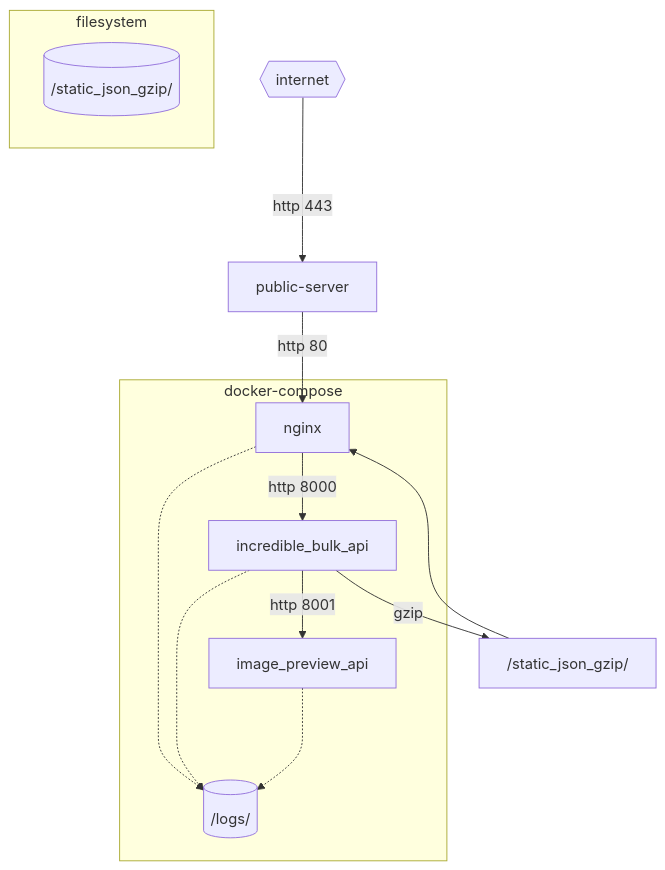
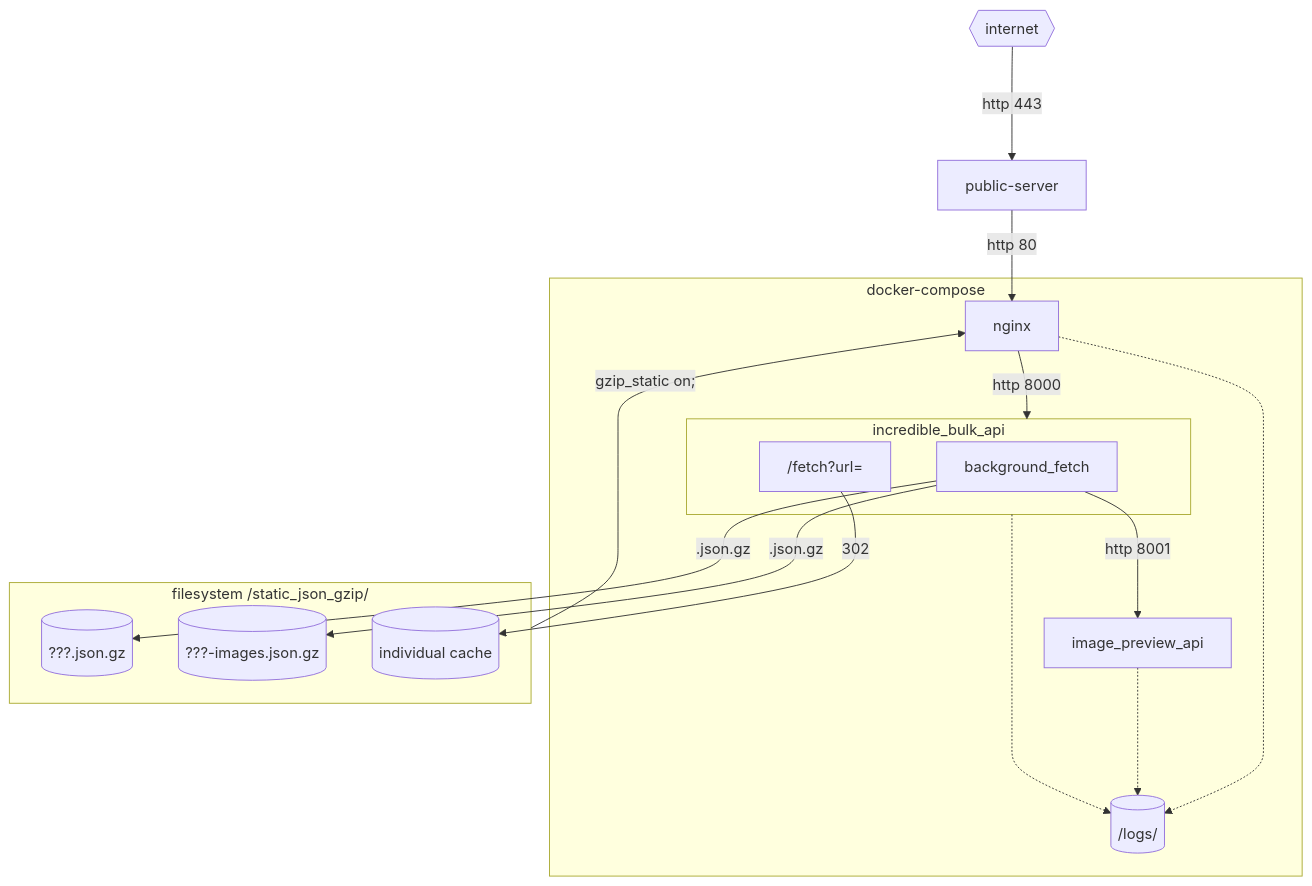
One commit to calaldees/incredibleBulkAPI changed the diagram in README.md. Above: the diagram before and after it, drawn with Mermaid. The commit also changed other lines of this file and 10 other files, not shown here.

Commit message:
Moved cache_period and name to the SiteModel Diagram tweaks (it's a bit busy now) Removed cache_cools as this is just part of fetch

````diff
--- a/README.md
+++ b/README.md
@@ -25,32 +30,40 @@
 ```mermaid
 graph TD
 
     %% external{{external-service}}
 
     internet{{internet}}
     internet -- http 443 ---> public-server --http 80--> nginx
 
     subgraph docker-compose [docker-compose]
         nginx
-        incredible_bulk_api
+        %% incredible_bulk_api
         image_preview_api
+
+        subgraph incredible_bulk_api [incredible_bulk_api]
+            background_fetch
+            fetch["/fetch?url="]
+        end
 
         logs[(/logs/)]
         nginx ..-> logs
         incredible_bulk_api ..-> logs
         image_preview_api ..-> logs
 
         nginx -- http 8000 --> incredible_bulk_api
-        incredible_bulk_api -- http 8001 --> image_preview_api
+        background_fetch -- http 8001 --> image_preview_api
 
-        %% incredible_bulk_api -- http json--> external
-        %% image_preview_api -- http --> external
     end
 
-    subgraph filesystem
-        /_static_json_gzip_/[(/static_json_gzip/)]
+    subgraph filesystem ["filesystem /static_json_gzip/"]
+        bulk_data[("???.json.gz")]
+        bulk_images[("???-images.json.gz")]
+        cache_data[("individual cache")]
     end
 
-    /static_json_gzip/ --> nginx
-    incredible_bulk_api -- gzip --> /static_json_gzip/
+    filesystem -- gzip_static on; --> nginx
+    background_fetch -- .json.gz --> bulk_data
+    background_fetch -- .json.gz --> bulk_images
+
+    fetch -- 302 --> cache_data
 ```
````
